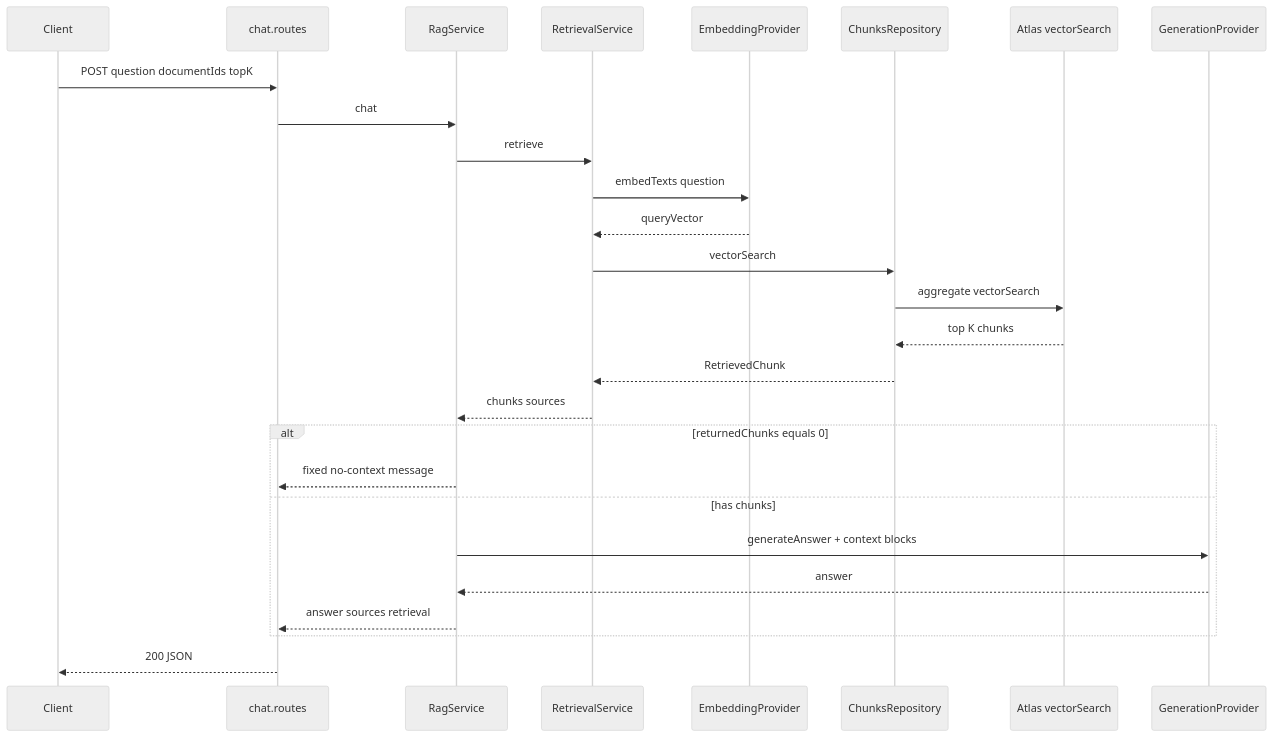
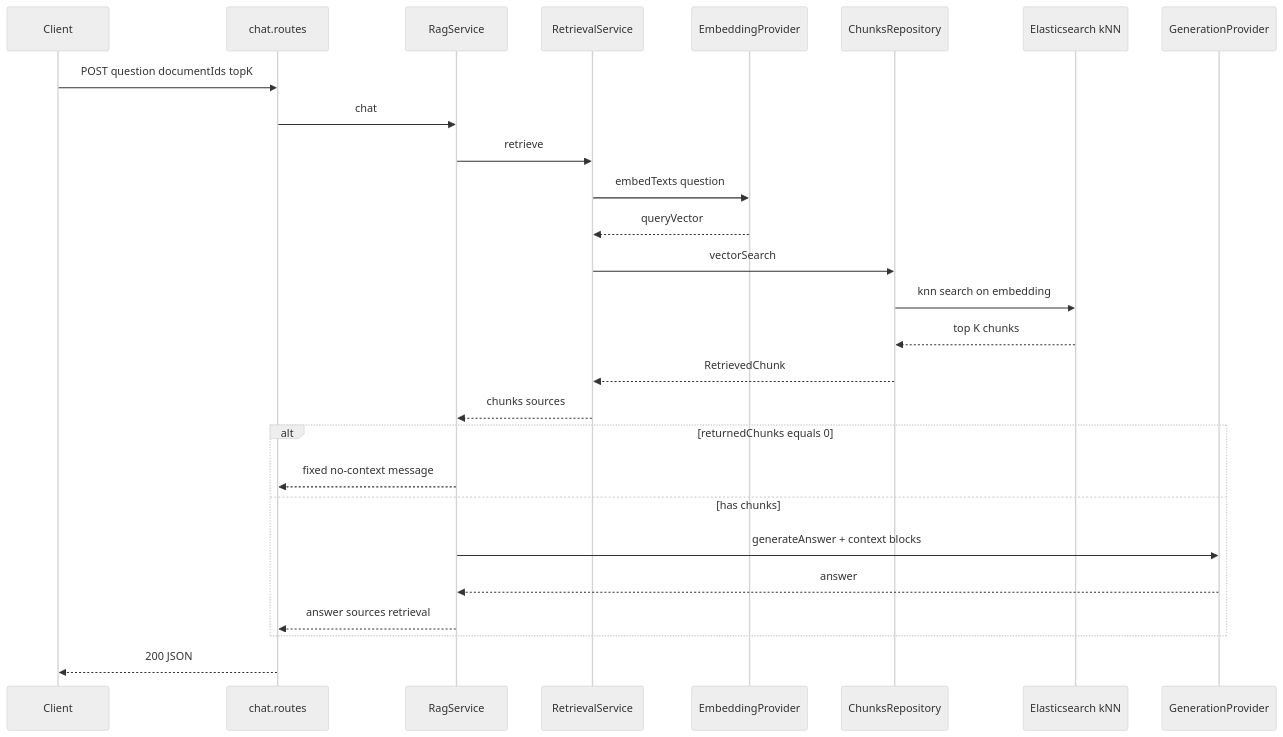
Before and after one commit to 12dkaskar/rag-scrapper-solution: the sixth of 8 diagrams in docs/implementation-guide.md, drawn with Mermaid (neutral theme). The commit also changed other lines of this file and 30 other files, not shown here.

Commit message:
elasticsearch and kibana integration replacing mongo atlas

````diff
--- a/docs/implementation-guide.md
+++ b/docs/implementation-guide.md
@@ -221,31 +221,31 @@
 ```mermaid
 sequenceDiagram
     participant Client
     participant Route as chat.routes
     participant Rag as RagService
     participant Ret as RetrievalService
     participant Emb as EmbeddingProvider
     participant Ch as ChunksRepository
-    participant Atlas as Atlas vectorSearch
+    participant ES as Elasticsearch kNN
     participant Gen as GenerationProvider
 
     Client->>Route: POST question documentIds topK
     Route->>Rag: chat
     Rag->>Ret: retrieve
     Ret->>Emb: embedTexts question
     Emb-->>Ret: queryVector
     Ret->>Ch: vectorSearch
-    Ch->>Atlas: aggregate vectorSearch
-    Atlas-->>Ch: top K chunks
+    Ch->>ES: knn search on embedding
+    ES-->>Ch: top K chunks
     Ch-->>Ret: RetrievedChunk
     Ret-->>Rag: chunks sources
 
     alt returnedChunks equals 0
         Rag-->>Route: fixed no-context message
     else has chunks
         Rag->>Gen: generateAnswer + context blocks
         Gen-->>Rag: answer
         Rag-->>Route: answer sources retrieval
     end
     Route-->>Client: 200 JSON
 ```
````
